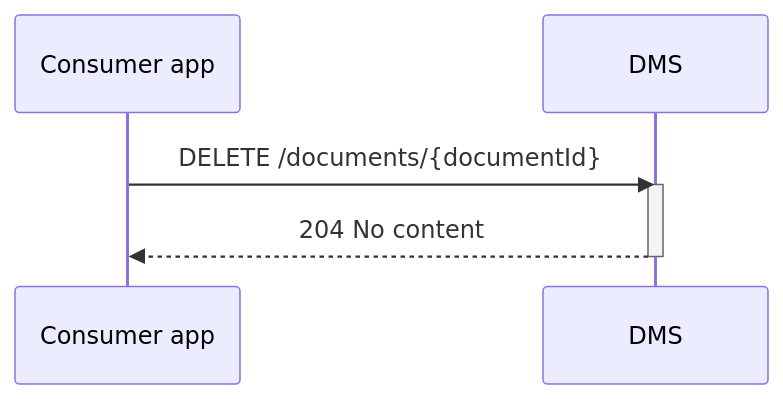
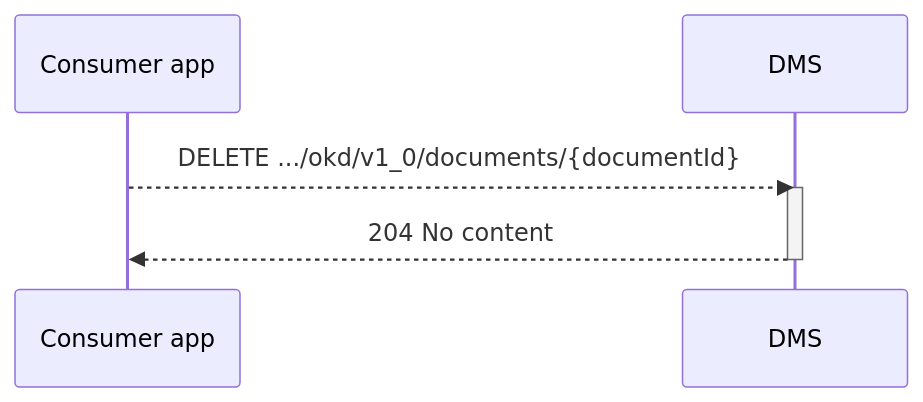
Before and after one commit to Onderwijs-Koppelingen-OKx/OKD-Document-Management: the first of 2 diagrams in doc/flow-z.md, drawn with Mermaid. The commit also changed other lines of this file and 4 other files, not shown here.

````diff
--- a/doc/flow-z.md
+++ b/doc/flow-z.md
@@ -21,9 +34,9 @@
 ```mermaid
 sequenceDiagram
     participant Consumer app
     participant DMS
-    Consumer app->>DMS: DELETE /documents/{documentId}
+    Consumer app-->>DMS: DELETE .../okd/v1_0/documents/{documentId}
     activate DMS
     DMS-->>Consumer app: 204 No content
     deactivate DMS
 ```
````
